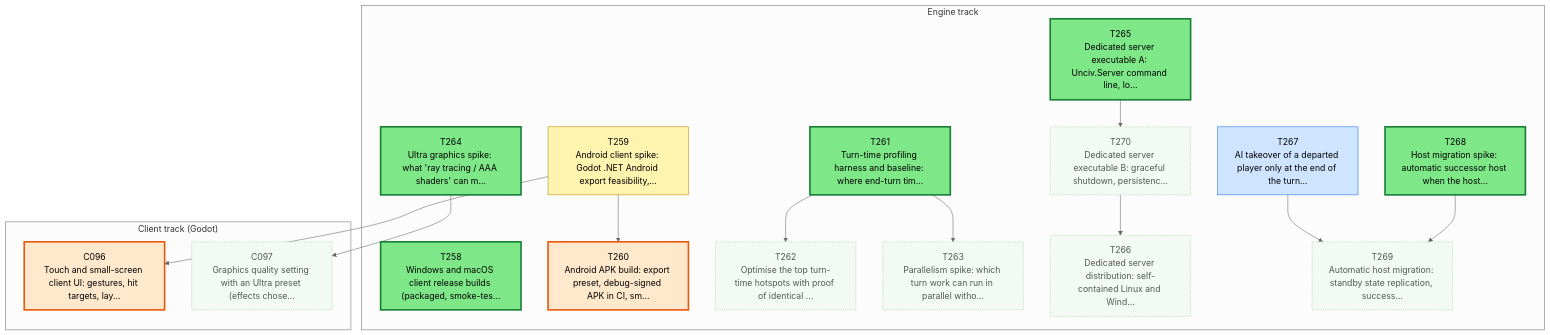
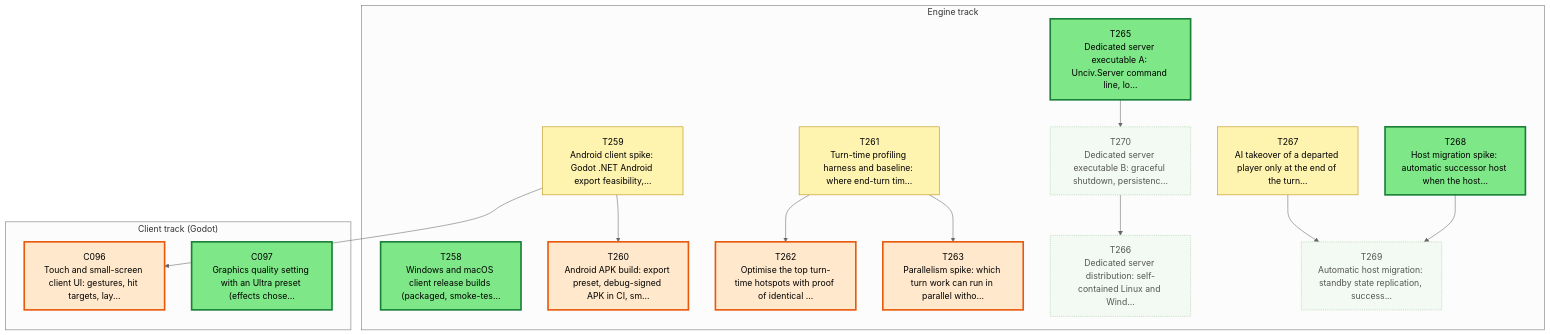
One commit to Kenmura/Unciv changed the first of 3 diagrams in csharp/migration/DEPENDENCY_MAP.md. Above: the diagram before and after it, drawn with Mermaid (neutral theme). The commit also changed other lines of this file and 1 other file, not shown here.

Commit message:
migration: review T264 pass [Adversarial Review]

````diff
--- a/csharp/migration/DEPENDENCY_MAP.md
+++ b/csharp/migration/DEPENDENCY_MAP.md
@@ -35,53 +35,50 @@
 ```mermaid
 flowchart TD
   subgraph TTRACK["Engine track"]
     T258["T258<br/>Windows and macOS client release builds (packaged, smoke-tes..."]
     T259["T259<br/>Android client spike: Godot .NET Android export feasibility,..."]
     T260["T260<br/>Android APK build: export preset, debug-signed APK in CI, sm..."]
     T261["T261<br/>Turn-time profiling harness and baseline: where end-turn tim..."]
     T262["T262<br/>Optimise the top turn-time hotspots with proof of identical ..."]
     T263["T263<br/>Parallelism spike: which turn work can run in parallel witho..."]
-    T264["T264<br/>Ultra graphics spike: what 'ray tracing / AAA shaders' can m..."]
     T265["T265<br/>Dedicated server executable A: Unciv.Server command line, lo..."]
     T266["T266<br/>Dedicated server distribution: self-contained Linux and Wind..."]
     T267["T267<br/>AI takeover of a departed player only at the end of the turn..."]
     T268["T268<br/>Host migration spike: automatic successor host when the host..."]
     T269["T269<br/>Automatic host migration: standby state replication, success..."]
     T270["T270<br/>Dedicated server executable B: graceful shutdown, persistenc..."]
   end
   subgraph CTRACK["Client track (Godot)"]
     C096["C096<br/>Touch and small-screen client UI: gestures, hit targets, lay..."]
     C097["C097<br/>Graphics quality setting with an Ultra preset (effects chose..."]
   end
   T259 --> T260
   T261 --> T262
   T261 --> T263
   T270 --> T266
   T268 --> T269
   T267 --> T269
   T265 --> T270
   T259 --> C096
-  T264 --> C097
   classDef waiting fill:#f3faf3,stroke:#9bc49b,color:#555,stroke-dasharray:2 2
   classDef ondeck fill:#ffe8cc,stroke:#e8590c,stroke-width:3px,color:#000
   classDef ready fill:#7ee787,stroke:#1a7f37,stroke-width:3px,color:#000
   classDef prog fill:#fff3b0,stroke:#b58900,color:#000
   classDef review fill:#cfe4ff,stroke:#1f6feb,color:#000
   classDef blocked fill:#ffd6d6,stroke:#c62828,color:#000
   classDef done fill:#eeeeee,stroke:#999999,color:#666,stroke-dasharray:4 3
   class C096 ondeck
-  class C097 waiting
+  class C097 ready
   class T258 ready
   class T259 prog
   class T260 ondeck
-  class T261 ready
-  class T262 waiting
-  class T263 waiting
-  class T264 ready
+  class T261 prog
+  class T262 ondeck
+  class T263 ondeck
   class T265 ready
   class T266 waiting
-  class T267 review
+  class T267 prog
   class T268 ready
   class T269 waiting
   class T270 waiting
 ```
````
